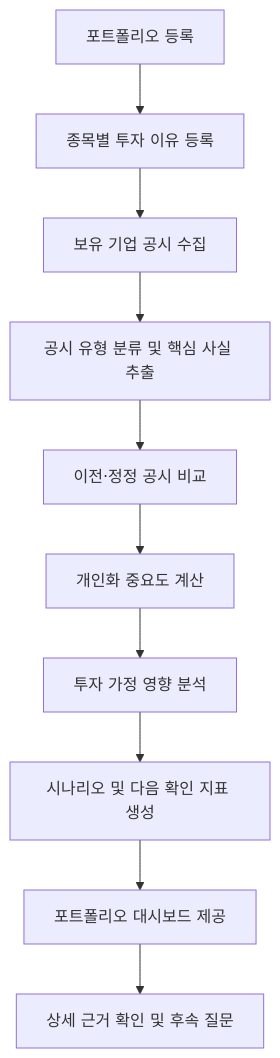
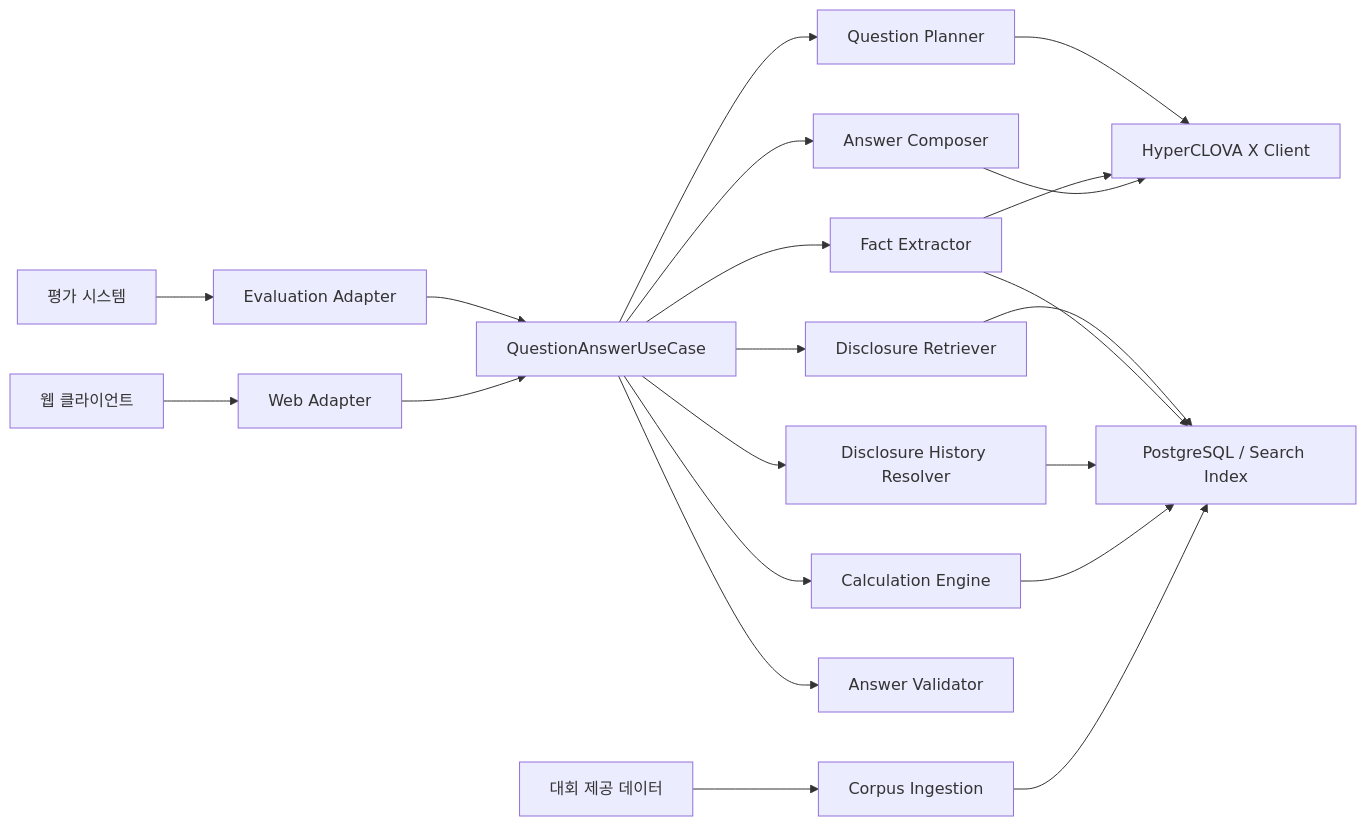
The first of 4 diagrams in docs/기능명세서.md (portfolio-disclosure-guardian/foliolens-server), drawn with Mermaid before and after one commit. The commit also changed other lines of this file and 11 other files, not shown here.

````diff
--- a/docs/기능명세서.md
+++ b/docs/기능명세서.md
@@ -152,12 +148,27 @@
 ```mermaid
-flowchart TD
-    A["포트폴리오 등록"] --> B["종목별 투자 이유 등록"]
-    B --> C["보유 기업 공시 수집"]
-    C --> D["공시 유형 분류 및 핵심 사실 추출"]
-    D --> E["이전·정정 공시 비교"]
-    E --> F["개인화 중요도 계산"]
-    F --> G["투자 가정 영향 분석"]
-    G --> H["시나리오 및 다음 확인 지표 생성"]
-    H --> I["포트폴리오 대시보드 제공"]
-    I --> J["상세 근거 확인 및 후속 질문"]
+flowchart LR
+    E["평가 시스템"] --> EA["Evaluation Adapter"]
+    W["웹 클라이언트"] --> WA["Web Adapter"]
+    EA --> U["QuestionAnswerUseCase"]
+    WA --> U
+
+    U --> Q["Question Planner"]
+    U --> R["Disclosure Retriever"]
+    U --> F["Fact Extractor"]
+    U --> C["Calculation Engine"]
+    U --> H["Disclosure History Resolver"]
+    U --> G["Answer Composer"]
+    U --> V["Answer Validator"]
+
+    Q --> X["HyperCLOVA X Client"]
+    F --> X
+    G --> X
+
+    R --> DB["PostgreSQL / Search Index"]
+    F --> DB
+    H --> DB
+    C --> DB
+
+    D["대회 제공 데이터"] --> I["Corpus Ingestion"]
+    I --> DB
 ```
````
